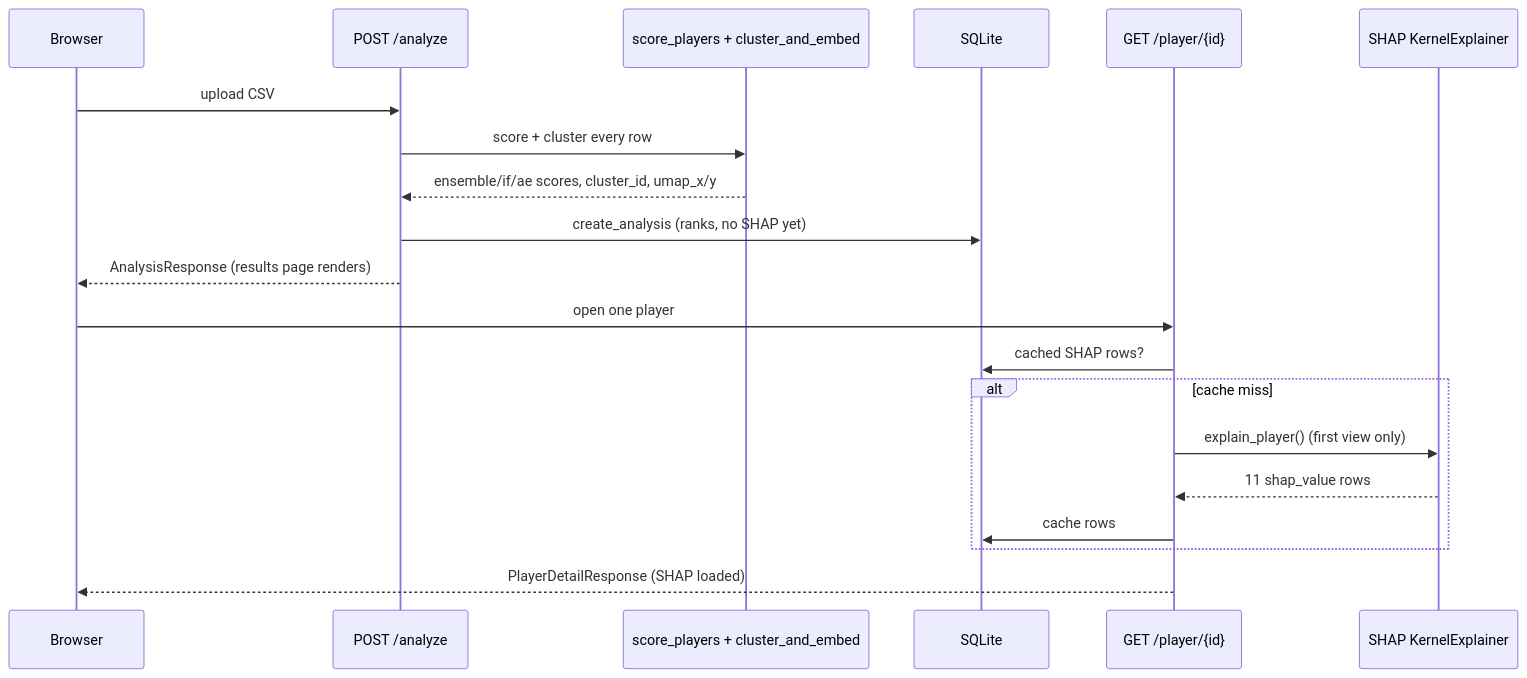
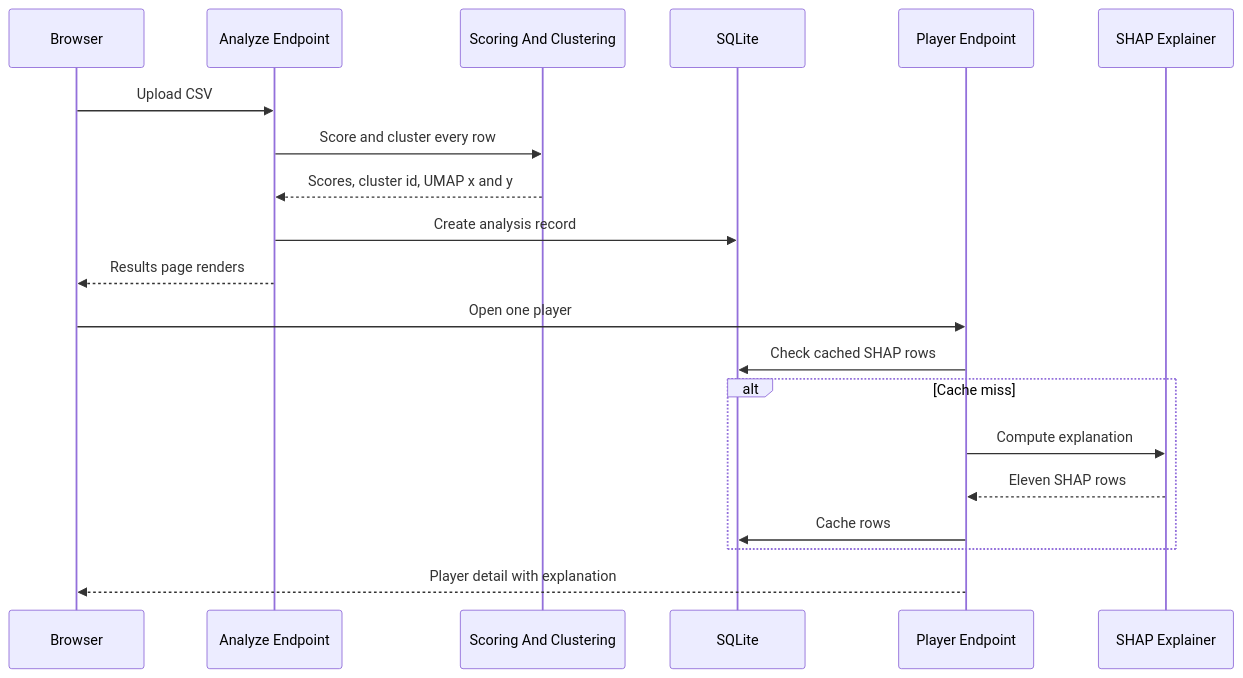
One commit to Sriharinesh-Sureshkumar/ARGUS changed the fourth of 7 diagrams in README.md. Above: the diagram before and after it, drawn with Mermaid. The commit also changed other lines of this file and 1 other file, not shown here.

Commit message:
docs: detailed README with pipeline diagrams, design decisions, problems and learnings

````diff
--- a/README.md
+++ b/README.md
@@ -72,23 +136,23 @@
 ```mermaid
 sequenceDiagram
     participant U as Browser
-    participant A as POST /analyze
-    participant S as score_players + cluster_and_embed
+    participant A as Analyze Endpoint
+    participant S as Scoring And Clustering
     participant D as SQLite
-    participant P as GET /player/{id}
-    participant X as SHAP KernelExplainer
+    participant P as Player Endpoint
+    participant X as SHAP Explainer
 
-    U->>A: upload CSV
-    A->>S: score + cluster every row
-    S-->>A: ensemble/if/ae scores, cluster_id, umap_x/y
-    A->>D: create_analysis (ranks, no SHAP yet)
-    A-->>U: AnalysisResponse (results page renders)
-    U->>P: open one player
-    P->>D: cached SHAP rows?
-    alt cache miss
-        P->>X: explain_player() (first view only)
-        X-->>P: 11 shap_value rows
-        P->>D: cache rows
+    U->>A: Upload CSV
+    A->>S: Score and cluster every row
+    S-->>A: Scores, cluster id, UMAP x and y
+    A->>D: Create analysis record
+    A-->>U: Results page renders
+    U->>P: Open one player
+    P->>D: Check cached SHAP rows
+    alt Cache miss
+        P->>X: Compute explanation
+        X-->>P: Eleven SHAP rows
+        P->>D: Cache rows
     end
-    P-->>U: PlayerDetailResponse (SHAP loaded)
+    P-->>U: Player detail with explanation
 ```
````
